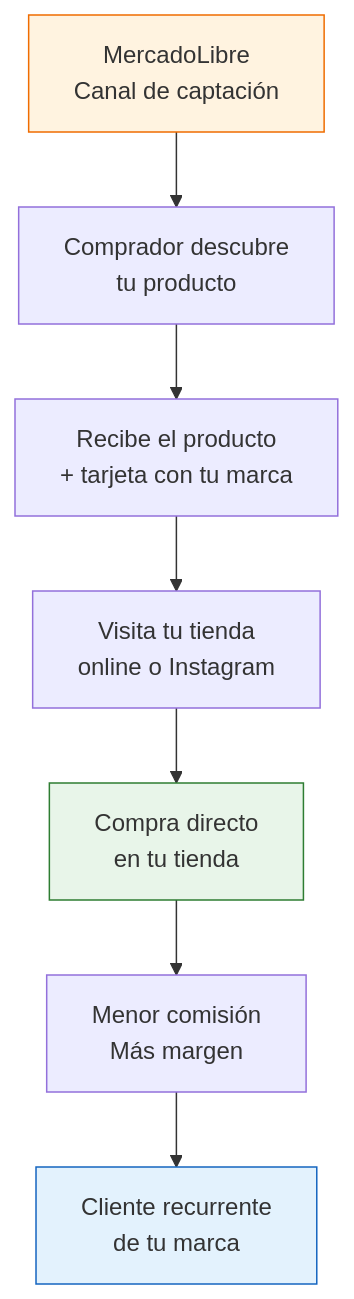
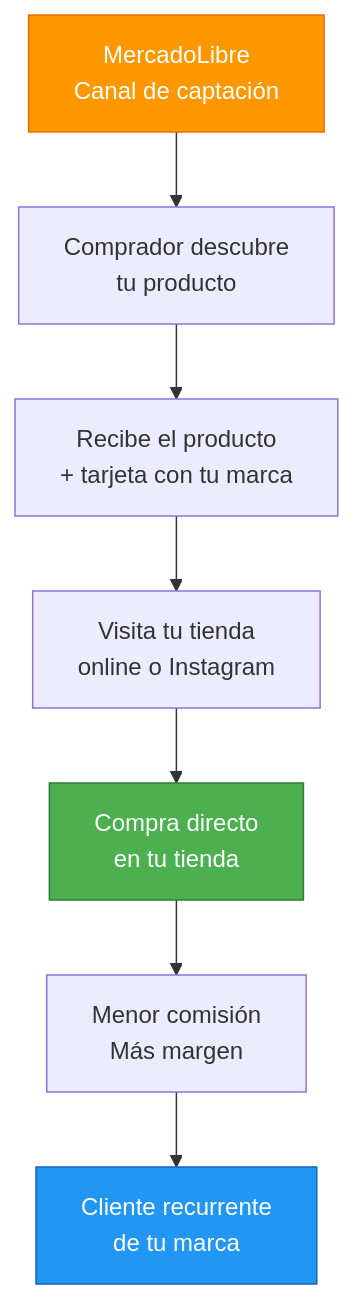
One commit to barrosignacioezequiel-coder/docs changed the diagram in app/paso1-argentina/empezar-de-cero/tienda-online.mdx. Above: the diagram before and after it, drawn with Mermaid. The commit also changed 66 other files, not shown here.

First line of the commit message:
fix: resolve Mermaid v11 numbered list errors + improve contrast

````diff
--- a/app/paso1-argentina/empezar-de-cero/tienda-online.mdx
+++ b/app/paso1-argentina/empezar-de-cero/tienda-online.mdx
@@ -168,13 +168,13 @@
 ```mermaid
 graph TD
     A["MercadoLibre<br/>Canal de captación"] --> B["Comprador descubre<br/>tu producto"]
     B --> C["Recibe el producto<br/>+ tarjeta con tu marca"]
     C --> D["Visita tu tienda<br/>online o Instagram"]
     D --> E["Compra directo<br/>en tu tienda"]
     E --> F["Menor comisión<br/>Más margen"]
     F --> G["Cliente recurrente<br/>de tu marca"]
 
-    style A fill:#fff3e0,stroke:#ef6c00
-    style E fill:#e8f5e9,stroke:#2e7d32
-    style G fill:#e3f2fd,stroke:#1565c0
+    style A fill:#ff9800,stroke:#ef6c00,color:#fff
+    style E fill:#4caf50,stroke:#2e7d32,color:#fff
+    style G fill:#2196f3,stroke:#1565c0,color:#fff
 ```
````
